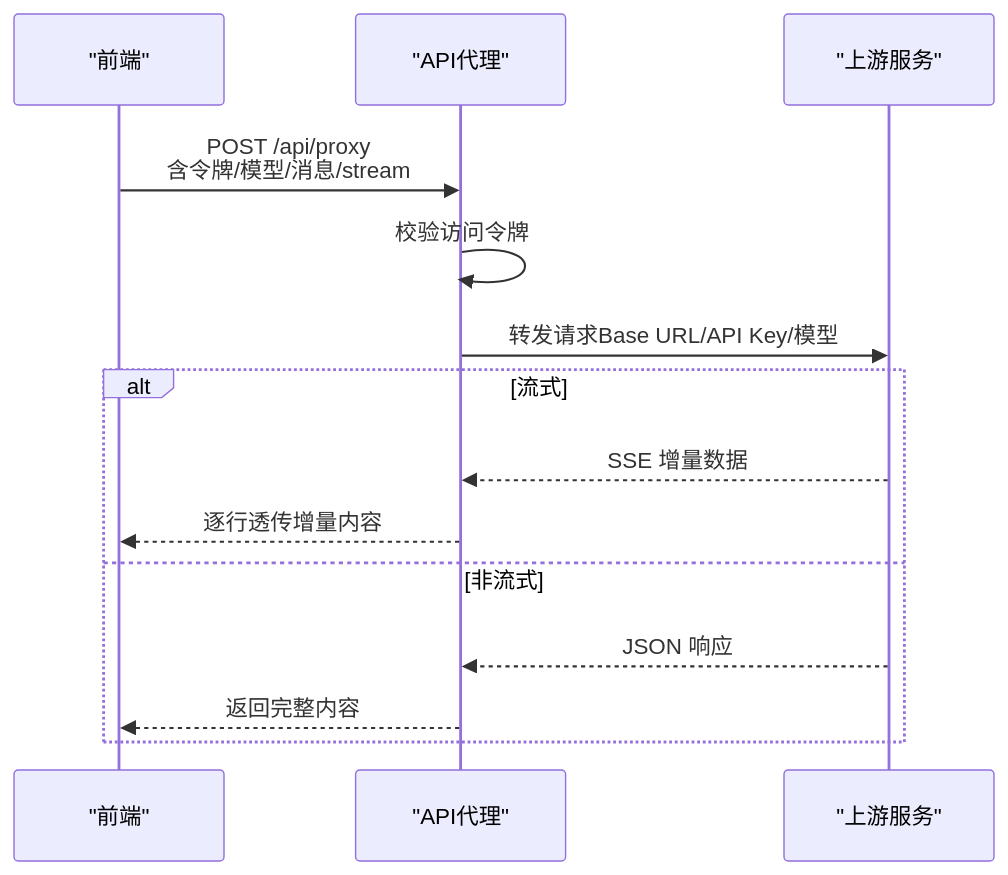
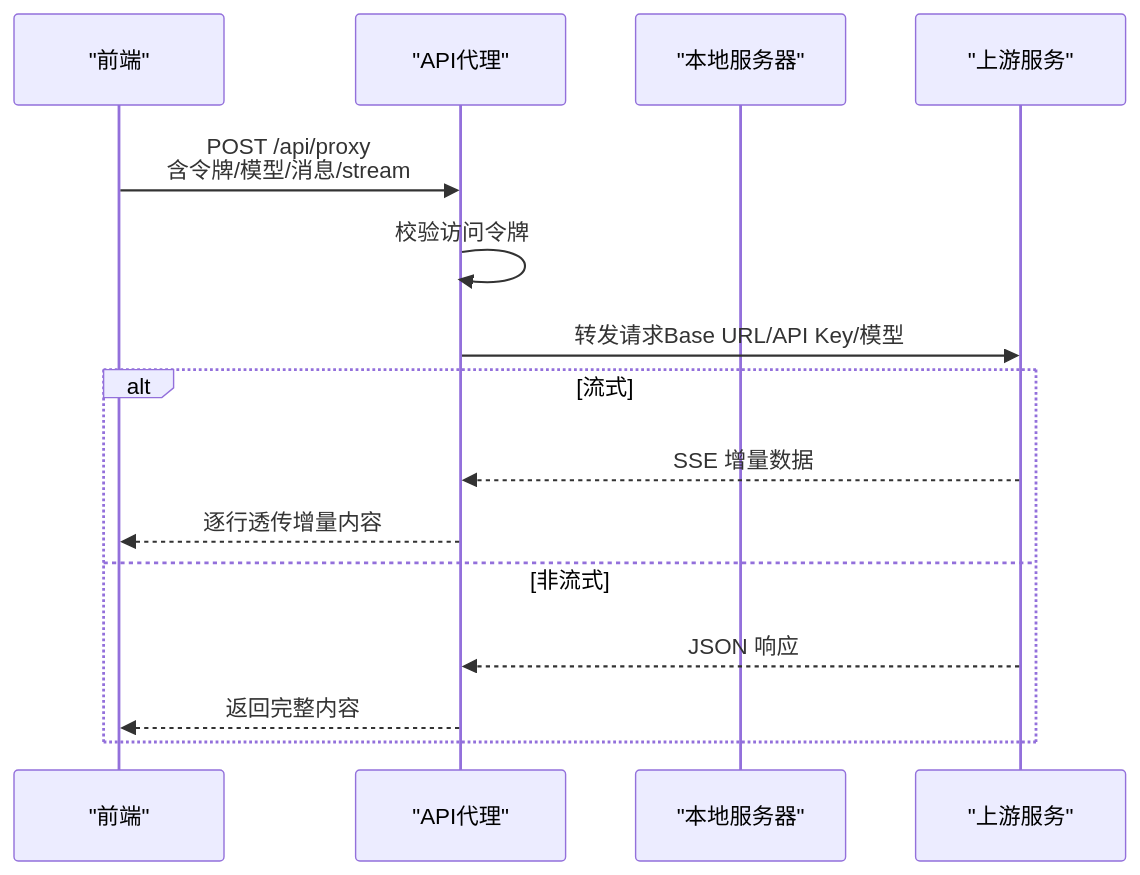
Before and after one commit to catcherxiao/wechat_article: the fifth of 7 diagrams in .qoder/repowiki/zh/content/核心功能/核心功能.md, drawn with Mermaid. The commit also changed other lines of this file and 27 other files, not shown here.

````diff
--- a/.qoder/repowiki/zh/content/核心功能/核心功能.md
+++ b/.qoder/repowiki/zh/content/核心功能/核心功能.md
@@ -214,16 +233,17 @@
 ```mermaid
 sequenceDiagram
 participant FE as "前端"
 participant PR as "API代理"
+participant LS as "本地服务器"
 participant UP as "上游服务"
 FE->>PR : POST /api/proxy<br/>含令牌/模型/消息/stream
 PR->>PR : 校验访问令牌
 PR->>UP : 转发请求Base URL/API Key/模型
 alt 流式
 UP-->>PR : SSE 增量数据
 PR-->>FE : 逐行透传增量内容
 else 非流式
 UP-->>PR : JSON 响应
 PR-->>FE : 返回完整内容
 end
 ```
````
